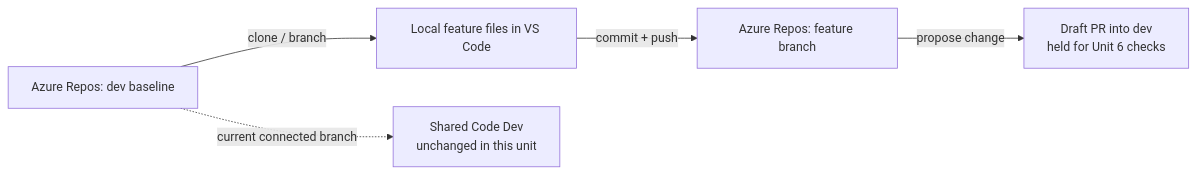
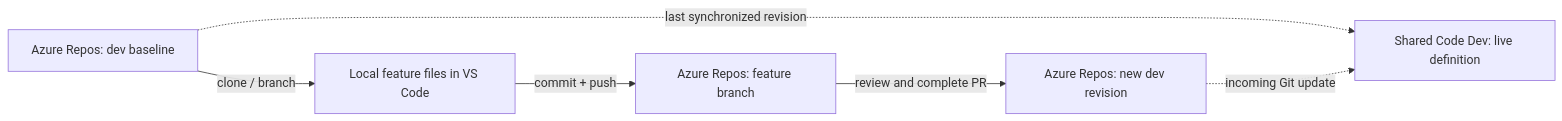
One commit to FatzeFitze/fabric-cicd-tutorial changed the diagram in docs/tutorial/section-03-team-delivery/unit-05-make-a-local-feature-change/README.md. Above: the diagram before and after it, drawn with Mermaid. The commit also changed other lines of this file and 17 other files, not shown here.

Commit message:
docs: complete first merge in Unit 5 and scope pro-code delivery

````diff
--- a/docs/tutorial/section-03-team-delivery/unit-05-make-a-local-feature-change/README.md
+++ b/docs/tutorial/section-03-team-delivery/unit-05-make-a-local-feature-change/README.md
@@ -25,7 +24,8 @@
 ```mermaid
 flowchart LR
     D["Azure Repos: dev baseline"] -->|clone / branch| L["Local feature files in VS Code"]
     L -->|commit + push| F["Azure Repos: feature branch"]
-    F -->|propose change| P["Draft PR into dev\nheld for Unit 6 checks"]
-    D -. current connected branch .-> W["Shared Code Dev\nunchanged in this unit"]
+    F -->|review and complete PR| M["Azure Repos: new dev revision"]
+    D -. last synchronized revision .-> W["Shared Code Dev: live definition"]
+    M -. incoming Git update .-> W
 ```
````
